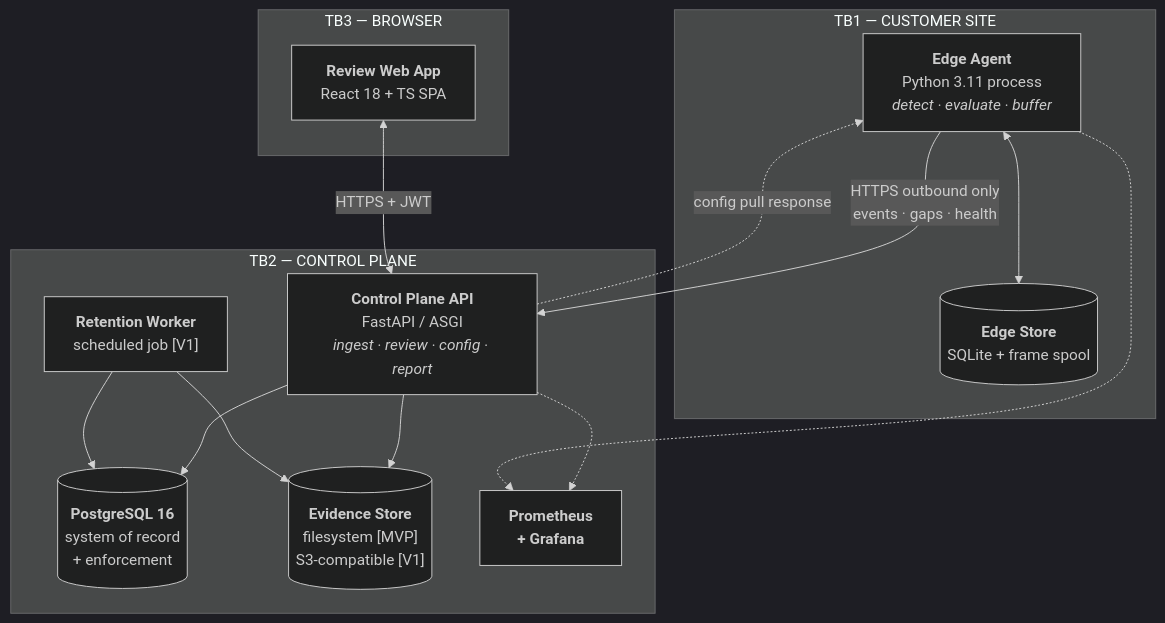
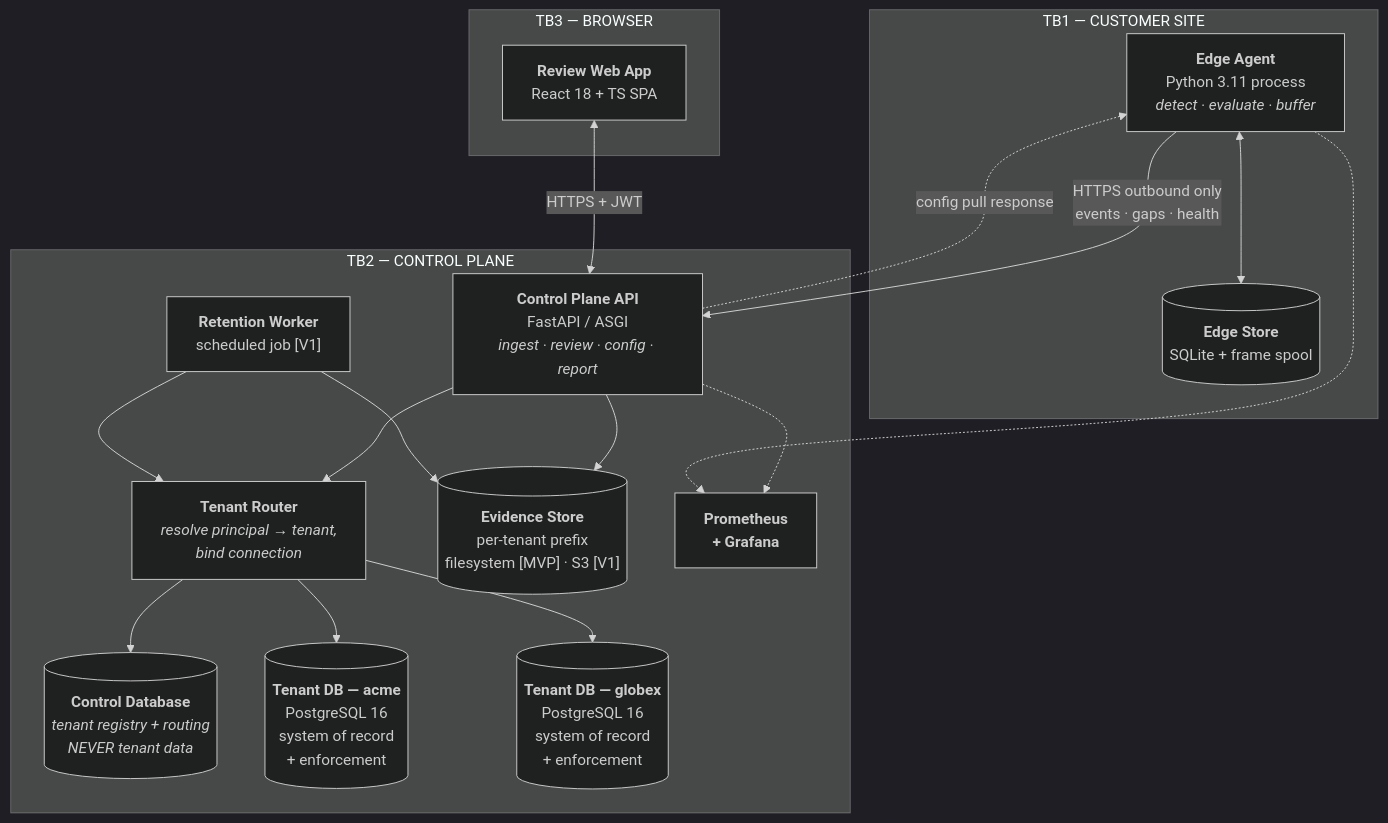
One commit to Ditstek-Innovations/GuardianLens changed the third of 19 diagrams in Docs/ARCHITECTURE.md. Above: the diagram before and after it, drawn with Mermaid (dark theme). The commit also changed other lines of this file and 2 other files, not shown here.

Commit message:
added tenant based changes

````diff
--- a/Docs/ARCHITECTURE.md
+++ b/Docs/ARCHITECTURE.md
@@ -279,27 +281,32 @@
 ```mermaid
 flowchart TB
     subgraph SITE["TB1 — CUSTOMER SITE"]
         EA["<b>Edge Agent</b><br/>Python 3.11 process<br/><i>detect · evaluate · buffer</i>"]
         OBX[("<b>Edge Store</b><br/>SQLite + frame spool")]
         EA <--> OBX
     end
     subgraph CP["TB2 — CONTROL PLANE"]
         API["<b>Control Plane API</b><br/>FastAPI / ASGI<br/><i>ingest · review · config · report</i>"]
+        TR["<b>Tenant Router</b><br/><i>resolve principal → tenant,<br/>bind connection</i>"]
         WRK["<b>Retention Worker</b><br/>scheduled job [V1]"]
-        DB[("<b>PostgreSQL 16</b><br/>system of record<br/>+ enforcement")]
-        OBJ[("<b>Evidence Store</b><br/>filesystem [MVP]<br/>S3-compatible [V1]")]
+        CDB[("<b>Control Database</b><br/><i>tenant registry + routing<br/>NEVER tenant data</i>")]
+        DB1[("<b>Tenant DB — acme</b><br/>PostgreSQL 16<br/>system of record<br/>+ enforcement")]
+        DB2[("<b>Tenant DB — globex</b><br/>PostgreSQL 16<br/>system of record<br/>+ enforcement")]
+        OBJ[("<b>Evidence Store</b><br/>per-tenant prefix<br/>filesystem [MVP] · S3 [V1]")]
         MON["<b>Prometheus<br/>+ Grafana</b>"]
-        API --> DB
+        API --> TR
+        TR --> CDB
+        TR --> DB1 & DB2
         API --> OBJ
-        WRK --> DB
+        WRK --> TR
         WRK --> OBJ
         API -.-> MON
     end
     subgraph BR["TB3 — BROWSER"]
         UI["<b>Review Web App</b><br/>React 18 + TS SPA"]
     end
     EA -->|"HTTPS outbound only<br/>events · gaps · health"| API
     API -.->|"config pull response"| EA
     UI <-->|"HTTPS + JWT"| API
     EA -.-> MON
 ```
````
